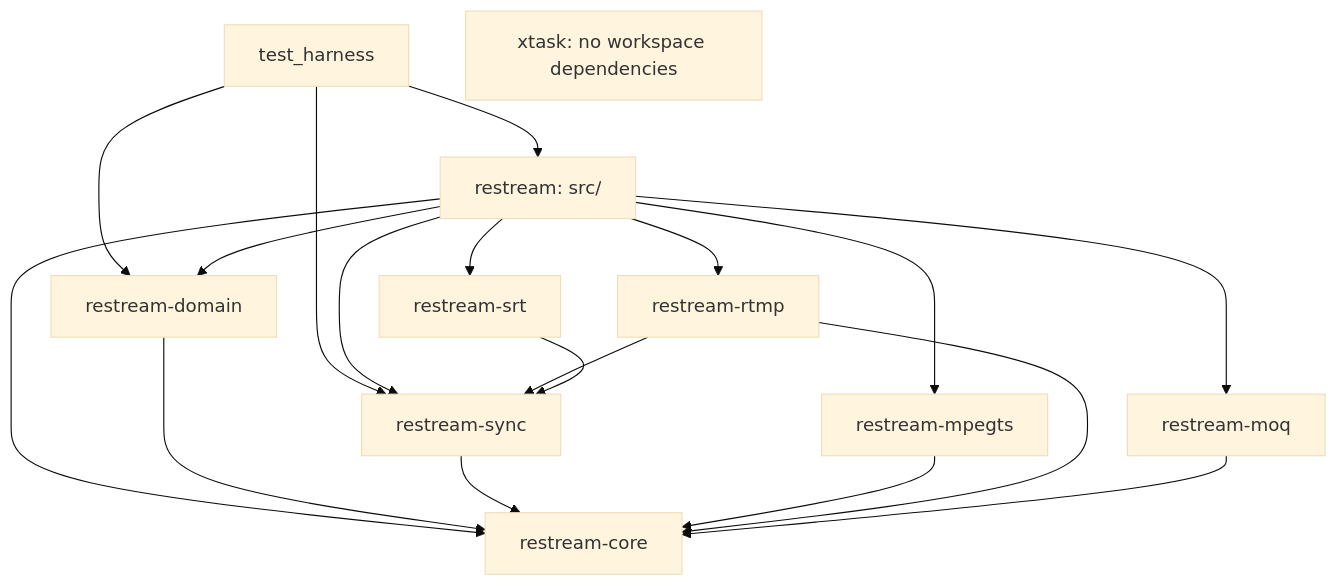
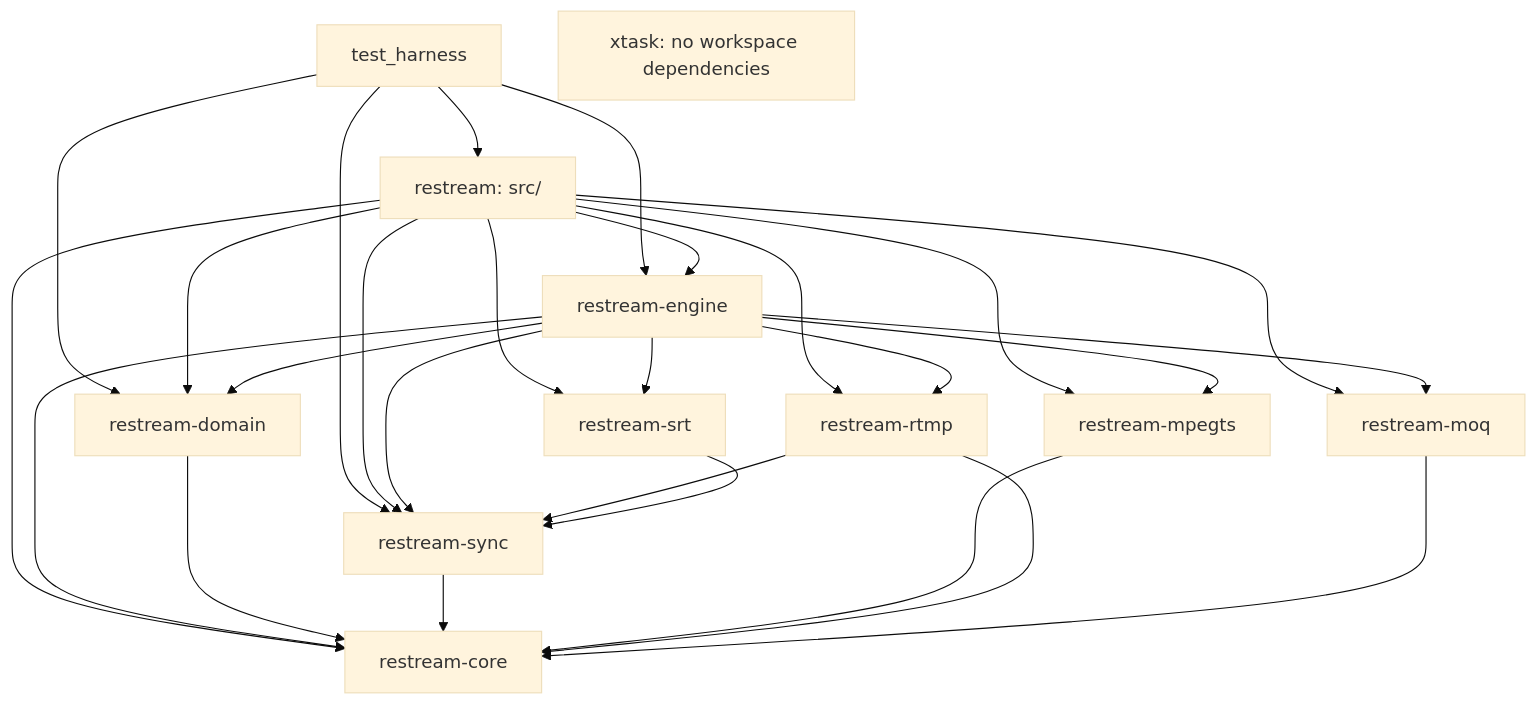
One commit to krsna1729/restream changed the third of 7 diagrams in docs/architecture.md. Above: the diagram before and after it, drawn with Mermaid (base theme). The commit also changed other lines of this file and 838 other files, not shown here.

First line of the commit message:
Move src/media into the restream-engine workspace crate

````diff
--- a/docs/architecture.md
+++ b/docs/architecture.md
@@ -115,21 +115,30 @@
 ```mermaid
 flowchart TD
     Harness["test_harness"] --> App["restream: src/"]
+    Harness --> Engine
     Harness --> Domain
     Harness --> Sync
+    App --> Engine["restream-engine"]
     App --> Core["restream-core"]
     App --> Domain["restream-domain"]
     App --> Sync["restream-sync"]
     App --> Ts["restream-mpegts"]
     App --> Rtmp["restream-rtmp"]
     App --> Srt["restream-srt"]
     App --> Moq["restream-moq"]
+    Engine --> Core
+    Engine --> Domain
+    Engine --> Sync
+    Engine --> Ts
+    Engine --> Rtmp
+    Engine --> Srt
+    Engine --> Moq
     Domain --> Core
     Sync --> Core
     Ts --> Core
     Rtmp --> Core
     Rtmp --> Sync
     Srt --> Sync
     Moq --> Core
     Xtask["xtask: no workspace dependencies"]
 ```
````
